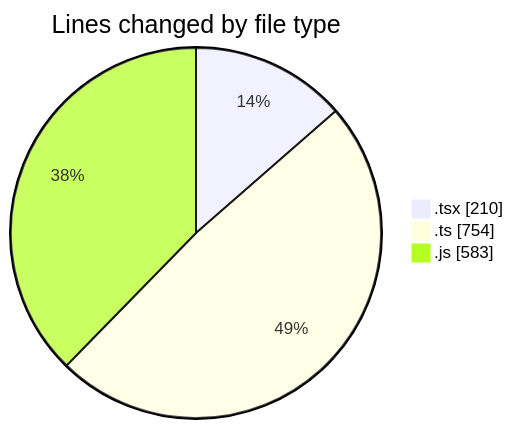
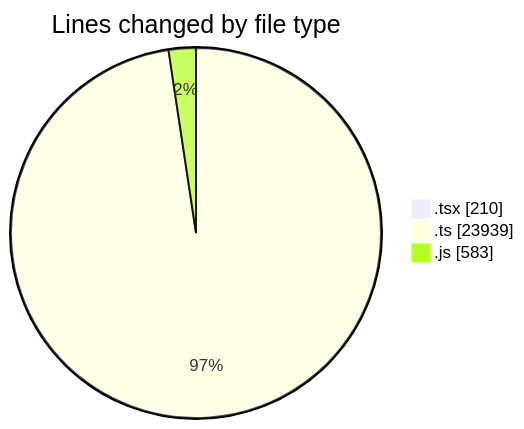
The first of 2 diagrams in 2026-06-01/cda/README.md (momahboobian/code-tracking), drawn with Mermaid before and after one commit. The commit also changed other lines of this file and 1 other file, not shown here.

````diff
--- a/2026-06-01/cda/README.md
+++ b/2026-06-01/cda/README.md
@@ -38,7 +43,7 @@
 ```mermaid
 pie showData
 title Lines changed by file type
 ".tsx" : 210
-".ts" : 754
+".ts" : 23939
 ".js" : 583
 ```
````
